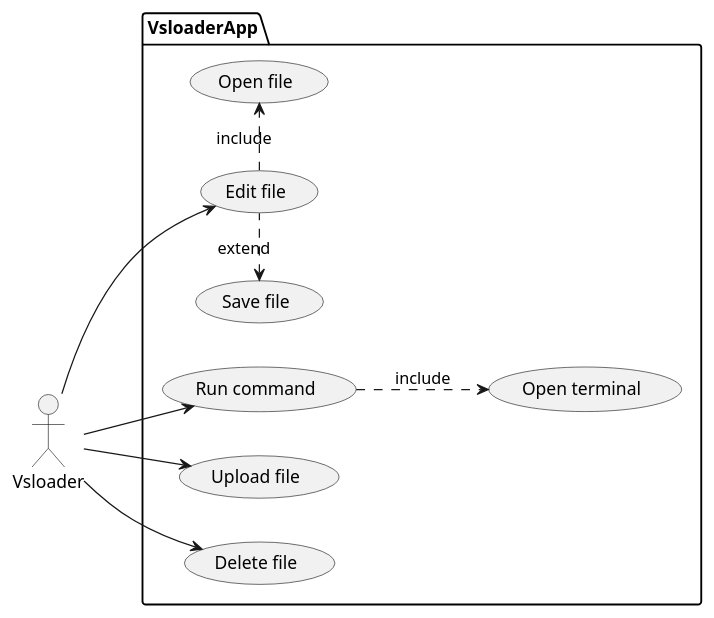
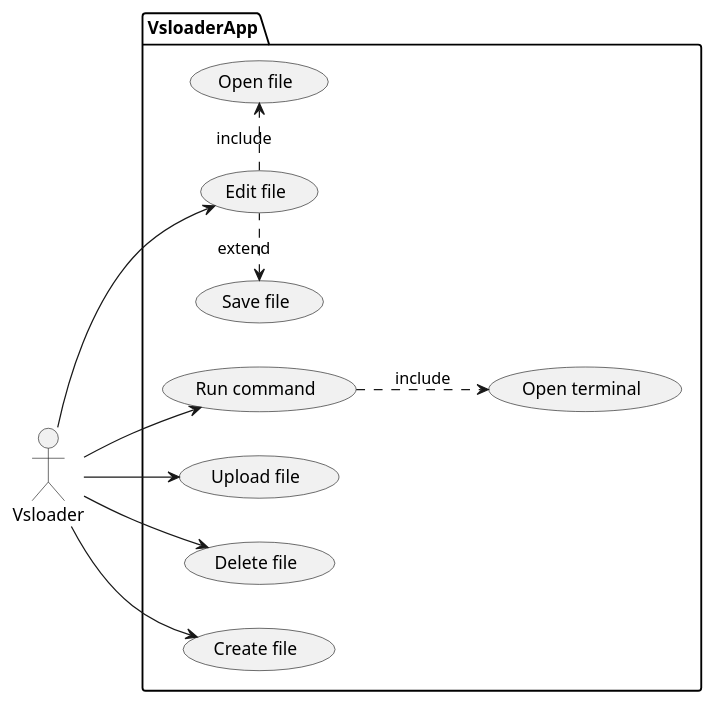
One commit to StevenSermeus/vsloader changed the diagram in rapport/diagramms/use_case.plantuml. Above: the diagram before and after it, drawn with PlantUML. The commit also changed 3 other files, not shown here.

Commit message:
Diagramms

```diff
--- a/rapport/diagramms/use_case.plantuml
+++ b/rapport/diagramms/use_case.plantuml
@@ -1,30 +1,32 @@
 @startuml "Vsbuilder use case diagram"
 
 left to right direction
 
 actor Vsloader as Vsloader
 
 package VsloaderApp {
 
 (Open file) as (openfile)
 (Save file) as (savefile)
 (Open terminal) as (openterminal)
 (Run command) as (runcommand)
 (Edit file) as (editfile)
 (Upload file) as (uploadfile)
 (Delete file) as (deletefile)
+(Create file) as (createfile)
 
 runcommand ..> openterminal : include
 editfile .right.> openfile : include
 savefile <.right. editfile : extend
 
 
 
 Vsloader --> (runcommand)
 Vsloader --> (editfile)
 Vsloader --> (uploadfile)
 Vsloader --> (deletefile)
+Vsloader --> (createfile)
 
 }
 
 @enduml
```
